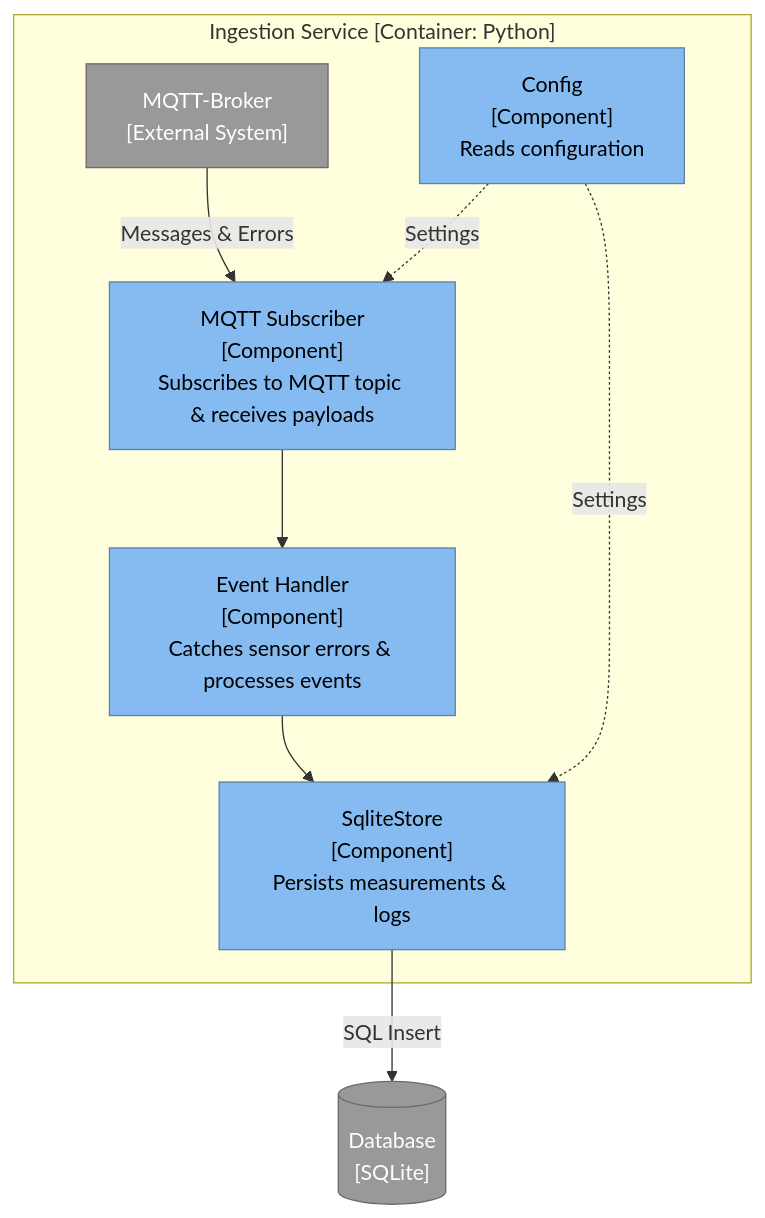
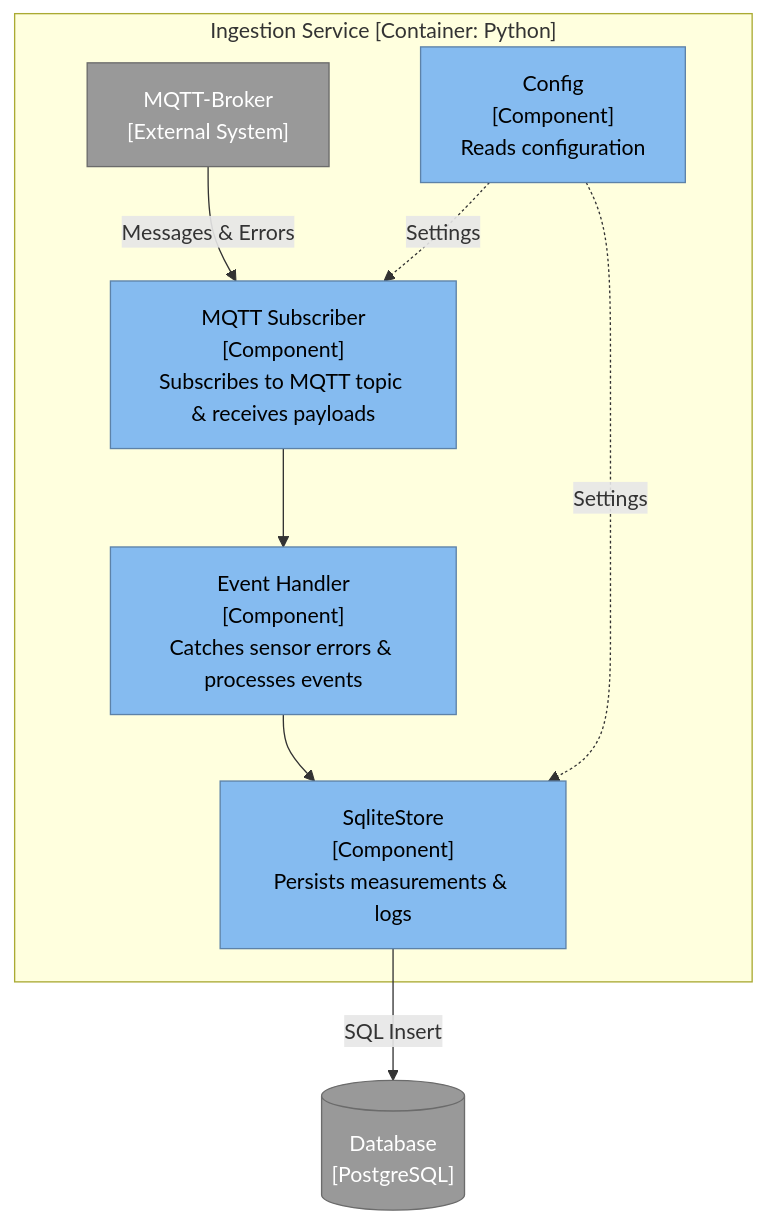
The third of 5 diagrams in docs/architecture.md (schusim/SW_engineeringProject), drawn with Mermaid before and after one commit. The commit also changed other lines of this file and 1 other file, not shown here.

````diff
--- a/docs/architecture.md
+++ b/docs/architecture.md
@@ -64,23 +64,23 @@
 ```mermaid
 flowchart TB
     subgraph Ingestion ["Ingestion Service [Container: Python]"]
         config["Config<br/>[Component]<br/>Reads configuration"]
         mqtt["MQTT-Broker<br/>[External System]"] -->|"Messages & Errors"| subscriber
         subscriber["MQTT Subscriber<br/>[Component]<br/>Subscribes to MQTT topic & receives payloads"]
         handler["Event Handler<br/>[Component]<br/>Catches sensor errors & processes events"]
         store["SqliteStore<br/>[Component]<br/>Persists measurements & logs"]
     end
 
     
     subscriber --> handler
     handler --> store
-    store -->|"SQL Insert"| db[("Database<br/>[SQLite]")]
+    store -->|"SQL Insert"| db[("Database<br/>[PostgreSQL]")]
     config -.->|"Settings"| subscriber
     config -.->|"Settings"| store
 
     classDef container fill:#438dd5,stroke:#2e6295,color:#ffffff
     classDef component fill:#85bbf0,stroke:#5d82a8,color:#000000
     classDef external fill:#999999,stroke:#6b6b6b,color:#ffffff
     class subscriber,handler,store,config component
     class mqtt,db external
 ```
````
